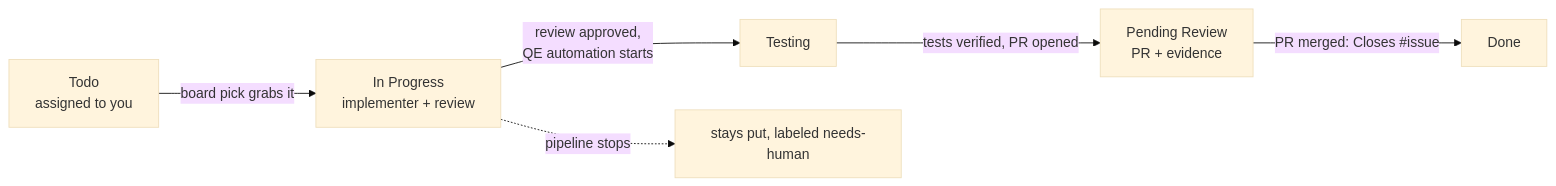
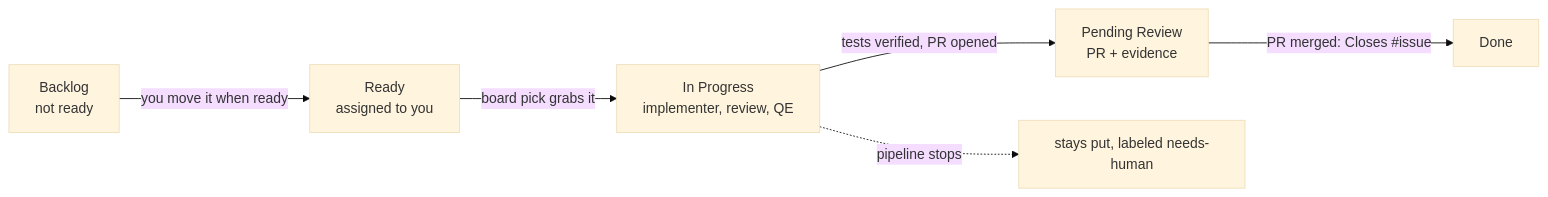
The diagram in docs/ai-pipeline/board.md (armandodollia-slalom/AI-Immersion-eShop), drawn with Mermaid (base theme) before and after one commit. The commit also changed other lines of this file and 5 other files, not shown here.

First line of the commit message:
Board: add Backlog lane, rename Todo to Ready, stop auto-moving to Testing

````diff
--- a/docs/ai-pipeline/board.md
+++ b/docs/ai-pipeline/board.md
@@ -7,8 +7,8 @@
 ```mermaid
 flowchart LR
-  T[Todo<br/>assigned to you] -->|board pick grabs it| P[In Progress<br/>implementer + review]
-  P -->|review approved,<br/>QE automation starts| Q[Testing]
-  Q -->|tests verified, PR opened| R[Pending Review<br/>PR + evidence]
+  B[Backlog<br/>not ready] -->|you move it when ready| T[Ready<br/>assigned to you]
+  T -->|board pick grabs it| P[In Progress<br/>implementer, review, QE]
+  P -->|tests verified, PR opened| R[Pending Review<br/>PR + evidence]
   R -->|PR merged: Closes #issue| D[Done]
   P -.->|pipeline stops| H[stays put, labeled needs-human]
 ```
````
